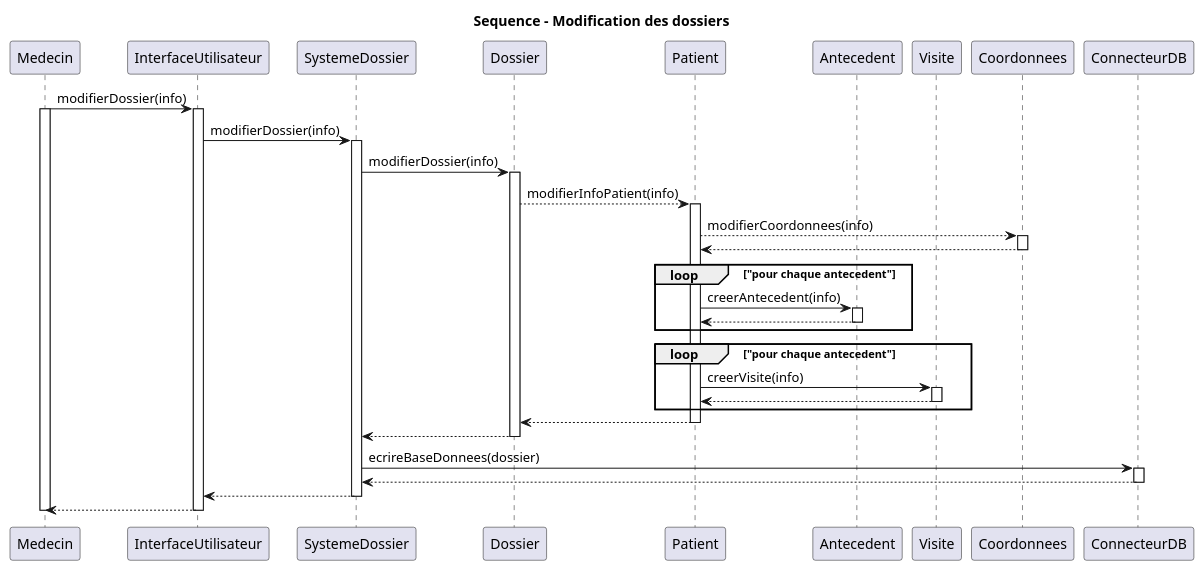
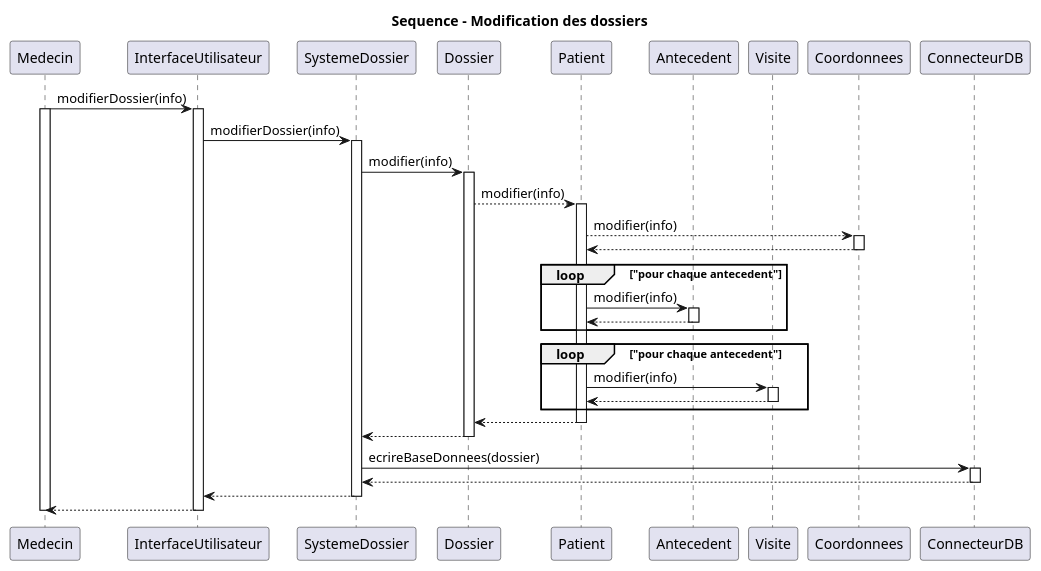
Before and after one commit to vbrayuqam/projet-genielog: the diagram in sequenceModificationDossier.puml, drawn with PlantUML. The commit also changed 5 other files, not shown here.

```diff
--- a/sequenceModificationDossier.puml
+++ b/sequenceModificationDossier.puml
@@ -1,58 +1,58 @@
 @startuml sequenceModificationPatient
 
 title Sequence - Modification des dossiers
 
 participant Medecin as M
 participant InterfaceUtilisateur as U
 participant SystemeDossier as S
 participant Dossier as D
 participant Patient as P
 participant Antecedent as A
 participant Visite as V
 participant Coordonnees as C
 participant ConnecteurDB as DB
 
 
 M -> U: modifierDossier(info)
 activate M
 activate U
 U -> S: modifierDossier(info)
 activate S
-S -> D: modifierDossier(info)
+S -> D: modifier(info)
 activate D
-D --> P: modifierInfoPatient(info)
+D --> P: modifier(info)
 activate P
-P --> C: modifierCoordonnees(info)
+P --> C: modifier(info)
 activate C
 C --> P
 deactivate C
 
 loop "pour chaque antecedent"
-  P -> A: creerAntecedent(info)
+  P -> A: modifier(info)
   activate A
   A --> P
   deactivate A
 end loop
 
 loop "pour chaque antecedent"
-  P -> V: creerVisite(info)
+  P -> V: modifier(info)
   activate V
   V --> P
   deactivate V
 end loop
 
 P --> D
 deactivate P
 D --> S
 deactivate D
 S -> DB: ecrireBaseDonnees(dossier)
 activate DB
 DB --> S
 deactivate DB
 S --> U
 deactivate S
 U --> M
 deactivate U
 deactivate M
 
 @enduml
```
